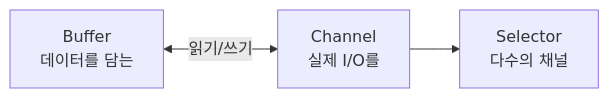
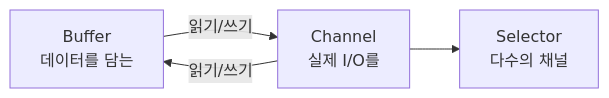
Before and after one commit to yjkim2015/yjkim2015.github.io: the sixth of 11 diagrams in _posts/java/2026-05-01-java-io.md, drawn with Mermaid. The commit also changed 38 other files, not shown here.

First line of the commit message:
Mermaid 파싱 에러 최종 수정 + 화살표 간격 확대

````diff
--- a/_posts/java/2026-05-01-java-io.md
+++ b/_posts/java/2026-05-01-java-io.md
@@ -227,8 +227,9 @@
 ```mermaid
 graph LR
     BUF["Buffer<br>데이터를 담는"]
     CH["Channel<br>실제 I/O를"]
     SEL["Selector<br>다수의 채널"]
-    BUF <-->|"읽기/쓰기"| CH
+    BUF -->|"읽기/쓰기"| CH
+    CH -->|"읽기/쓰기"| BUF
     CH --> SEL
 ```
````
